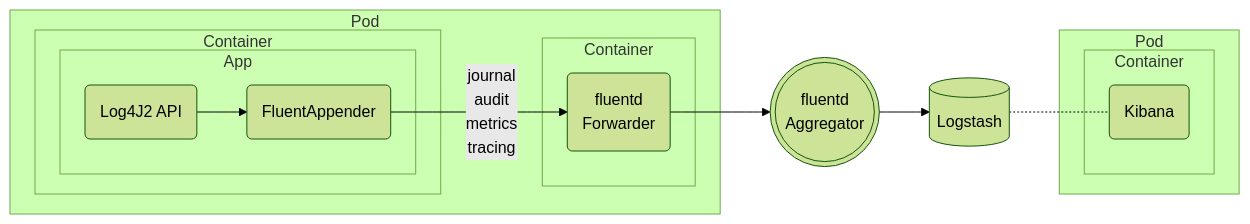
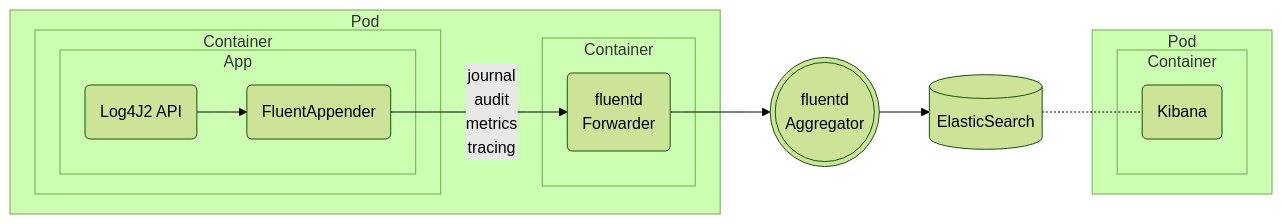
The diagram in app/src/doc/templates/elkStackTest.mmd (t-ibm/didymus), drawn with Mermaid (forest theme) before and after one commit.

Commit message:
Fixing the E in EFK

```diff
--- a/app/src/doc/templates/elkStackTest.mmd
+++ b/app/src/doc/templates/elkStackTest.mmd
@@ -1,19 +1,19 @@
 flowchart LR
   subgraph P1[Pod]
     subgraph C11[Container]
       subgraph B1[App]
         I1(Log4J2 API) --> A1(FluentAppender)
       end
     end
     subgraph C12[Container]
       A1 --> |journal<br/>audit<br/>metrics<br/>tracing| F1(fluentd<br/>Forwarder)
     end
   end
   F1 --> L(((fluentd<br/>Aggregator)))
-  L --> E1[(Logstash)]
+  L --> E1[(ElasticSearch)]
   subgraph P4[Pod]
     subgraph C4[Container]
       K4(Kibana)
     end
   end
   E1 -.- K4
```
